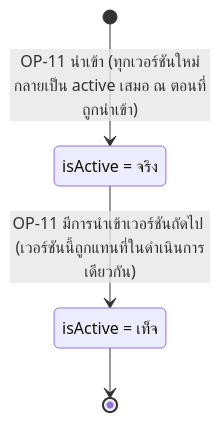
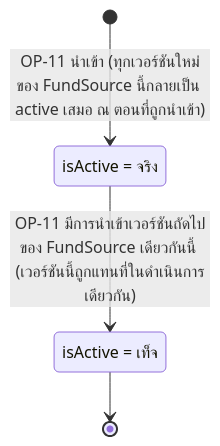
One commit to ptrsswnr/Grant-Receipt-Assistant changed the second of 2 diagrams in docs/02-design/02-technical/detailed-design/admin-rule-management.md. Above: the diagram before and after it, drawn with Mermaid. The commit also changed other lines of this file and 18 other files, not shown here.

First line of the commit message:
Cascade FundSource/Project split through technical design

````diff
--- a/docs/02-design/02-technical/detailed-design/admin-rule-management.md
+++ b/docs/02-design/02-technical/detailed-design/admin-rule-management.md
@@ -66,9 +81,9 @@
 ```mermaid
 stateDiagram-v2
     state "isActive = จริง" as s_active
     state "isActive = เท็จ" as s_inactive
 
-    [*] --> s_active : OP-11 นำเข้า (ทุกเวอร์ชันใหม่กลายเป็น active เสมอ ณ ตอนที่ถูกนำเข้า)
-    s_active --> s_inactive : OP-11 มีการนำเข้าเวอร์ชันถัดไป (เวอร์ชันนี้ถูกแทนที่ในดำเนินการเดียวกัน)
+    [*] --> s_active : OP-11 นำเข้า (ทุกเวอร์ชันใหม่ของ FundSource นี้กลายเป็น active เสมอ ณ ตอนที่ถูกนำเข้า)
+    s_active --> s_inactive : OP-11 มีการนำเข้าเวอร์ชันถัดไปของ FundSource เดียวกันนี้ (เวอร์ชันนี้ถูกแทนที่ในดำเนินการเดียวกัน)
     s_inactive --> [*]
 ```
````
